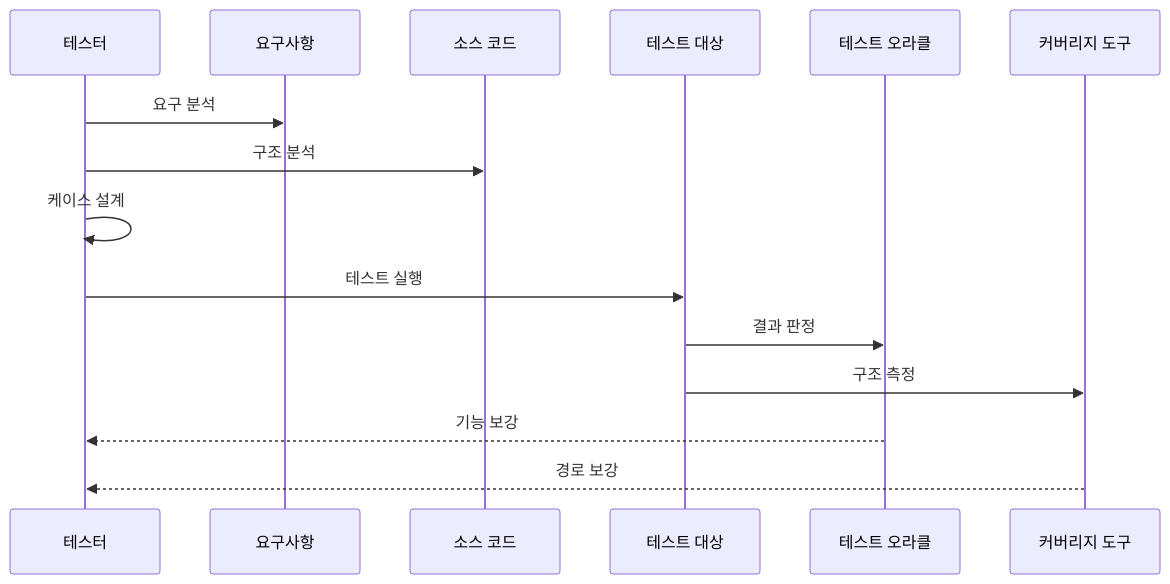
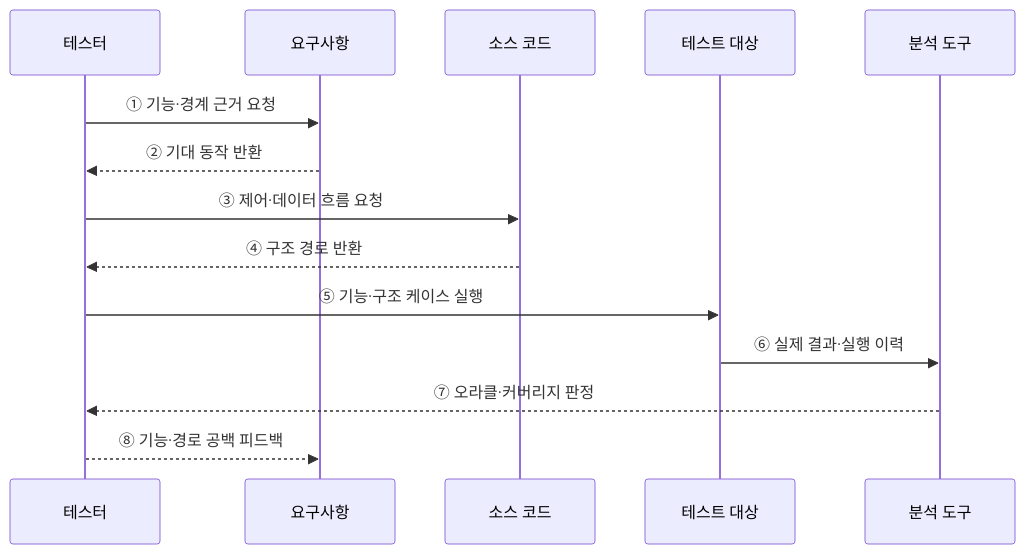
One commit to agnusdei1207/knowledge-base changed the second of 2 diagrams in src/content/docs/notes/03-software/060_whitebox_blackbox_testing.md. Above: the diagram before and after it, drawn with Mermaid. The commit also changed other lines of this file and 20 other files, not shown here.

````diff
--- a/src/content/docs/notes/03-software/060_whitebox_blackbox_testing.md
+++ b/src/content/docs/notes/03-software/060_whitebox_blackbox_testing.md
@@ -88,17 +77,16 @@
 ```mermaid
 sequenceDiagram
     participant T as 테스터
     participant R as 요구사항
     participant C as 소스 코드
     participant S as 테스트 대상
-    participant O as 테스트 오라클
-    participant V as 커버리지 도구
-    T->>R: 요구 분석
-    T->>C: 구조 분석
-    T->>T: 케이스 설계
-    T->>S: 테스트 실행
-    S->>O: 결과 판정
-    S->>V: 구조 측정
-    O-->>T: 기능 보강
-    V-->>T: 경로 보강
+    participant A as 분석 도구
+    T->>R: ① 기능·경계 근거 요청
+    R-->>T: ② 기대 동작 반환
+    T->>C: ③ 제어·데이터 흐름 요청
+    C-->>T: ④ 구조 경로 반환
+    T->>S: ⑤ 기능·구조 케이스 실행
+    S->>A: ⑥ 실제 결과·실행 이력
+    A-->>T: ⑦ 오라클·커버리지 판정
+    T-->>R: ⑧ 기능·경로 공백 피드백
 ```
````
